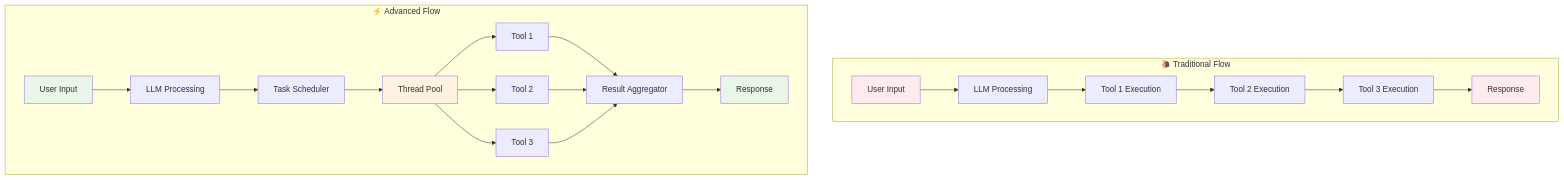
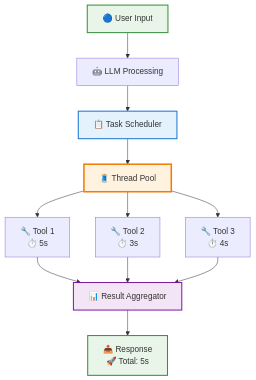
One commit to CodingButter/advanced-mcp-client changed the fifth of 9 diagrams in README.md. Above: the diagram before and after it, drawn with Mermaid. The commit also changed other lines of this file, not shown here.

First line of the commit message:
📊 Enhance diagrams: Larger, stacked sequence and architecture diagrams

````diff
--- a/README.md
+++ b/README.md
@@ -168,32 +172,21 @@
 ```mermaid
 graph TD
-    subgraph "🐌 Traditional Flow"
-        A1[User Input] --> B1[LLM Processing]
-        B1 --> C1[Tool 1 Execution]
-        C1 --> D1[Tool 2 Execution]
-        D1 --> E1[Tool 3 Execution]
-        E1 --> F1[Response]
-        
-        style A1 fill:#ffebee
-        style F1 fill:#ffebee
-    end
+    A2[🔵 User Input] --> B2[🤖 LLM Processing]
+    B2 --> C2[📋 Task Scheduler]
+    C2 --> D2[🧵 Thread Pool]
     
-    subgraph "⚡ Advanced Flow"
-        A2[User Input] --> B2[LLM Processing]
-        B2 --> C2[Task Scheduler]
-        C2 --> D2[Thread Pool]
-        
-        D2 --> E2[Tool 1]
-        D2 --> F2[Tool 2]
-        D2 --> G2[Tool 3]
-        
-        E2 --> H2[Result Aggregator]
-        F2 --> H2
-        G2 --> H2
-        H2 --> I2[Response]
-        
-        style A2 fill:#e8f5e8
-        style I2 fill:#e8f5e8
-        style D2 fill:#fff3e0
-    end
+    D2 --> E2[🔧 Tool 1<br/>⏱️ 5s]
+    D2 --> F2[🔧 Tool 2<br/>⏱️ 3s]
+    D2 --> G2[🔧 Tool 3<br/>⏱️ 4s]
+    
+    E2 --> H2[📊 Result Aggregator]
+    F2 --> H2
+    G2 --> H2
+    H2 --> I2[📤 Response<br/>🚀 Total: 5s]
+    
+    style A2 fill:#e8f5e8,stroke:#388e3c,stroke-width:2px
+    style I2 fill:#e8f5e8,stroke:#388e3c,stroke-width:2px
+    style D2 fill:#fff3e0,stroke:#f57c00,stroke-width:3px
+    style C2 fill:#e3f2fd,stroke:#1976d2,stroke-width:2px
+    style H2 fill:#f3e5f5,stroke:#7b1fa2,stroke-width:2px
 ```
````
